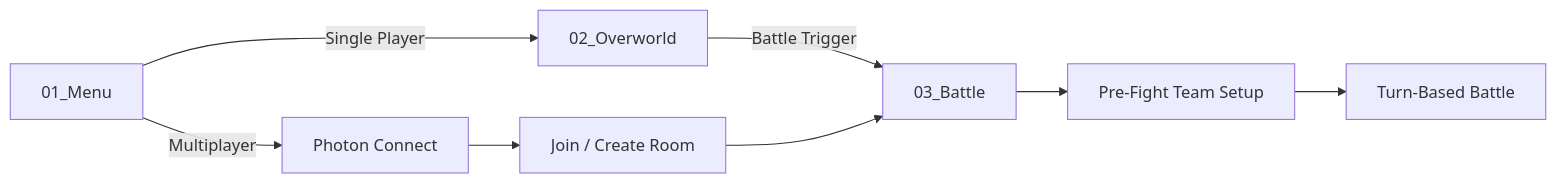
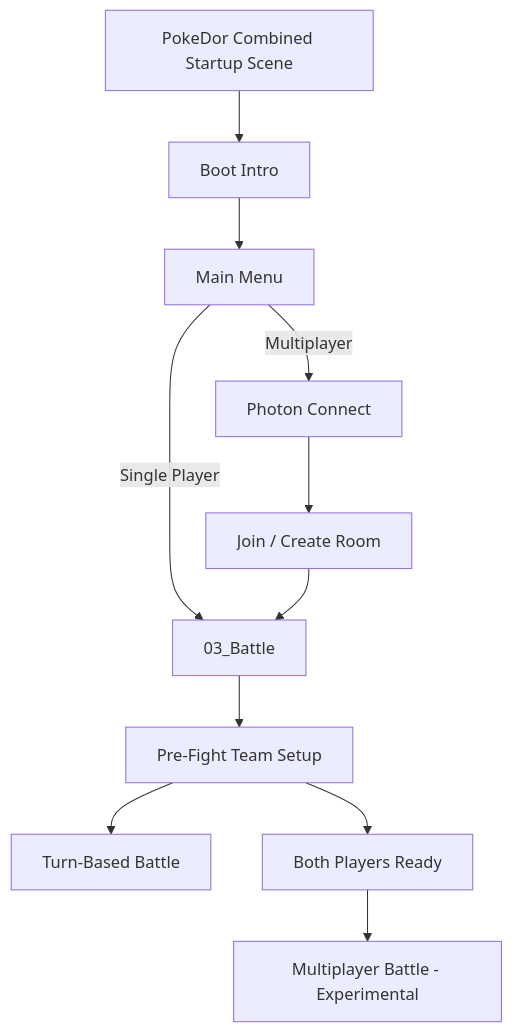
One commit to DorManDel/PokeDor changed the first of 2 diagrams in README.md. Above: the diagram before and after it, drawn with Mermaid. The commit also changed other lines of this file, not shown here.

Commit message:
Correct PokeDor startup flow and release roadmap

````diff
--- a/README.md
+++ b/README.md
@@ -92,10 +96,15 @@
 ```mermaid
-flowchart LR
-    A[01_Menu] -->|Single Player| B[02_Overworld]
-    B -->|Battle Trigger| C[03_Battle]
-    A -->|Multiplayer| D[Photon Connect]
-    D --> E[Join / Create Room]
-    E --> C
-    C --> F[Pre-Fight Team Setup]
-    F --> G[Turn-Based Battle]
+flowchart TD
+    A[PokeDor Combined Startup Scene] --> B[Boot Intro]
+    B --> C[Main Menu]
+
+    C -->|Single Player| D[03_Battle]
+    D --> E[Pre-Fight Team Setup]
+    E --> F[Turn-Based Battle]
+
+    C -->|Multiplayer| G[Photon Connect]
+    G --> H[Join / Create Room]
+    H --> D
+    E --> I[Both Players Ready]
+    I --> J[Multiplayer Battle - Experimental]
 ```
````
